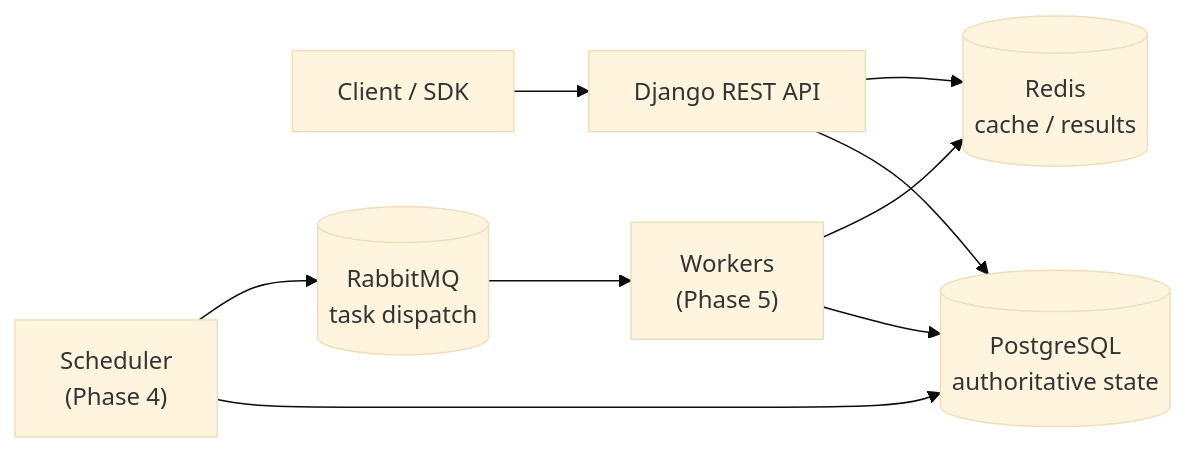
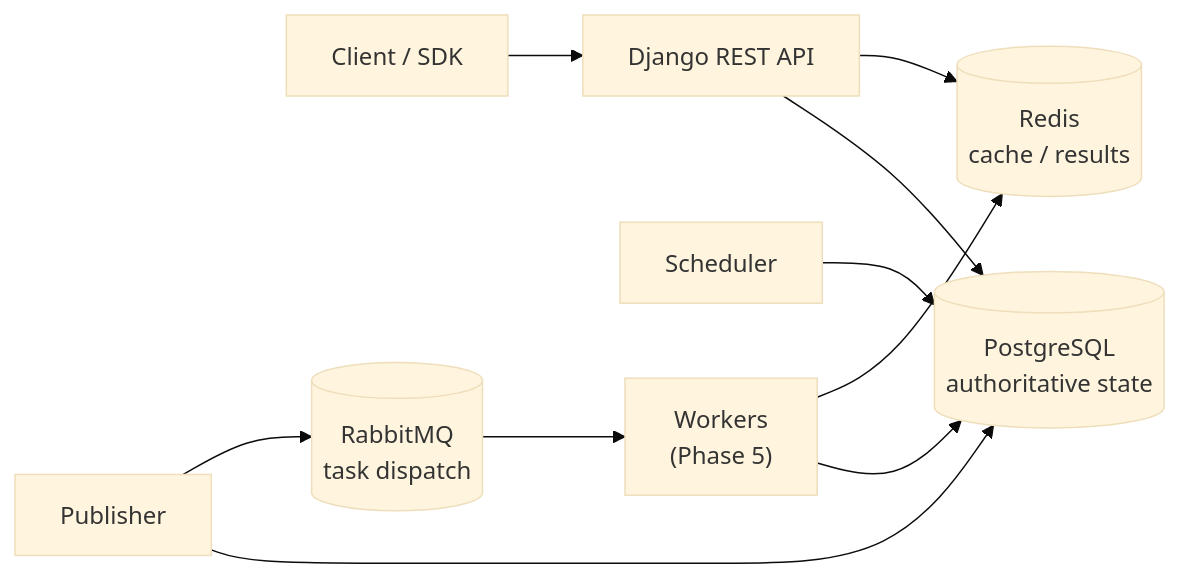
Before and after one commit to Abolfazlrwm/flowforge: the diagram in README.md, drawn with Mermaid (base theme). The commit also changed other lines of this file and 8 other files, not shown here.

````diff
--- a/README.md
+++ b/README.md
@@ -37,11 +38,12 @@
 ```mermaid
 flowchart LR
     client["Client / SDK"] --> api["Django REST API"]
     api --> db[("PostgreSQL<br/>authoritative state")]
-    sched["Scheduler<br/>(Phase 4)"] --> db
-    sched --> mq[("RabbitMQ<br/>task dispatch")]
+    sched["Scheduler"] --> db
+    pub["Publisher"] --> db
+    pub --> mq[("RabbitMQ<br/>task dispatch")]
     mq --> worker["Workers<br/>(Phase 5)"]
     worker --> db
     worker --> redis[("Redis<br/>cache / results")]
     api --> redis
 ```
````
